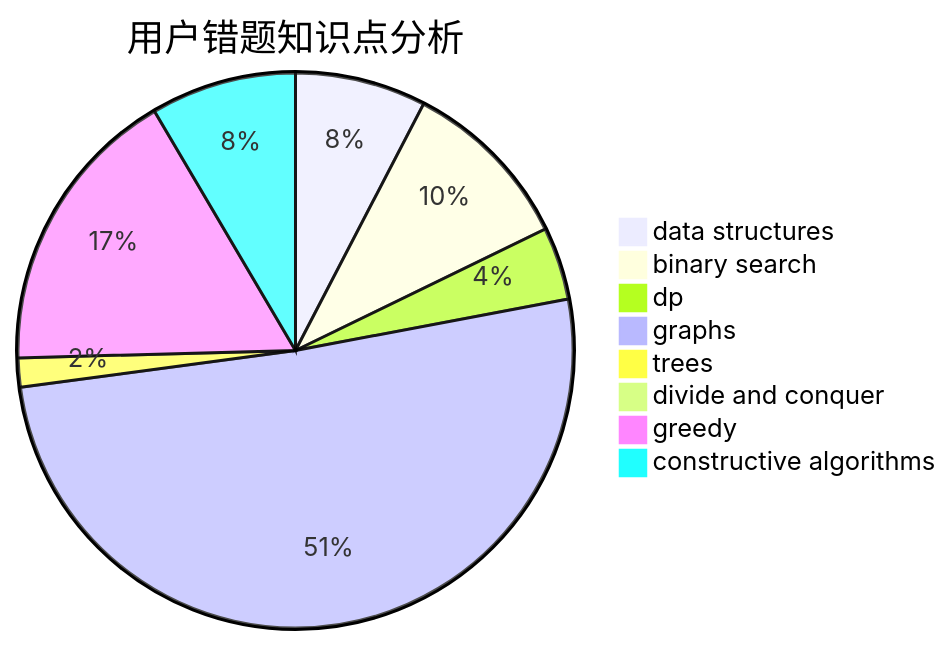
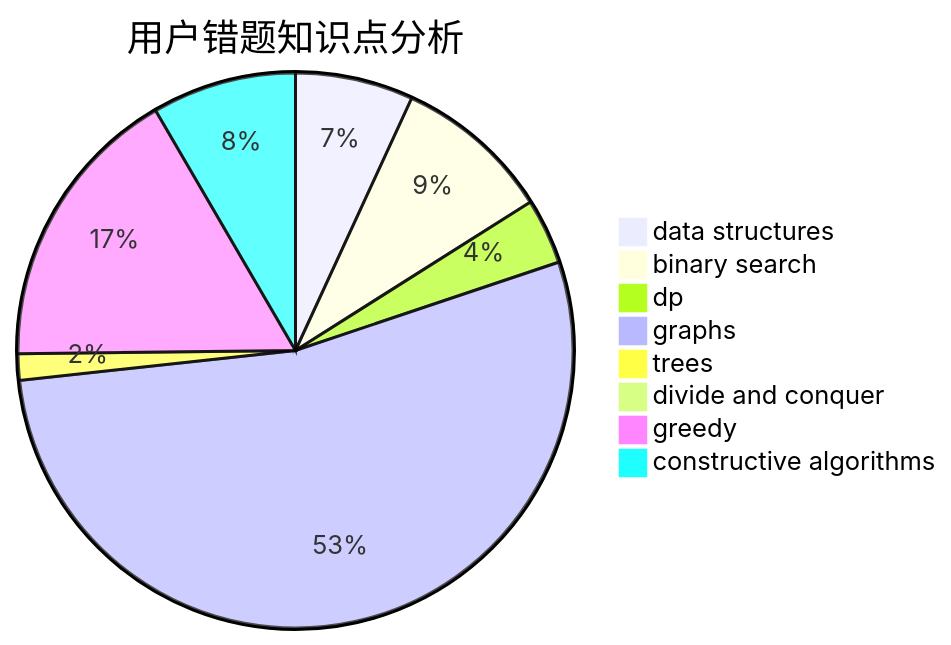
The third of 3 diagrams in docs/user/u2692.md (sherpahu/cfrs.github.io), drawn with Mermaid before and after one commit. The commit also changed other lines of this file and 2770 other files, not shown here.

````diff
--- a/docs/user/u2692.md
+++ b/docs/user/u2692.md
@@ -36,11 +36,11 @@
 ```mermaid
 pie title 用户错题知识点分析
     "data structures" :  9
     "binary search" :  12
     "dp" :  5
-    "graphs" :  60
+    "graphs" :  70
     "trees" :  2
     "divide and conquer" :  0
-    "greedy" :  20
-    "constructive algorithms" :  10
+    "greedy" :  22
+    "constructive algorithms" :  11
 ```
````
